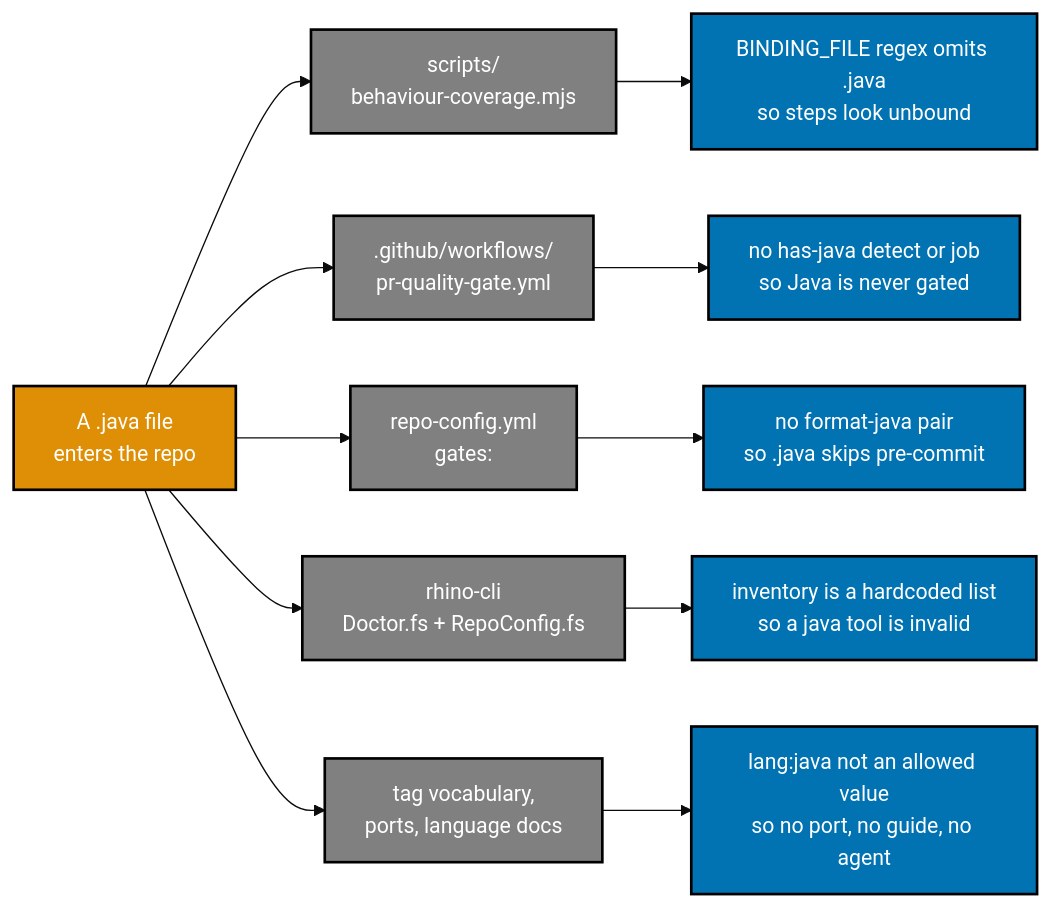
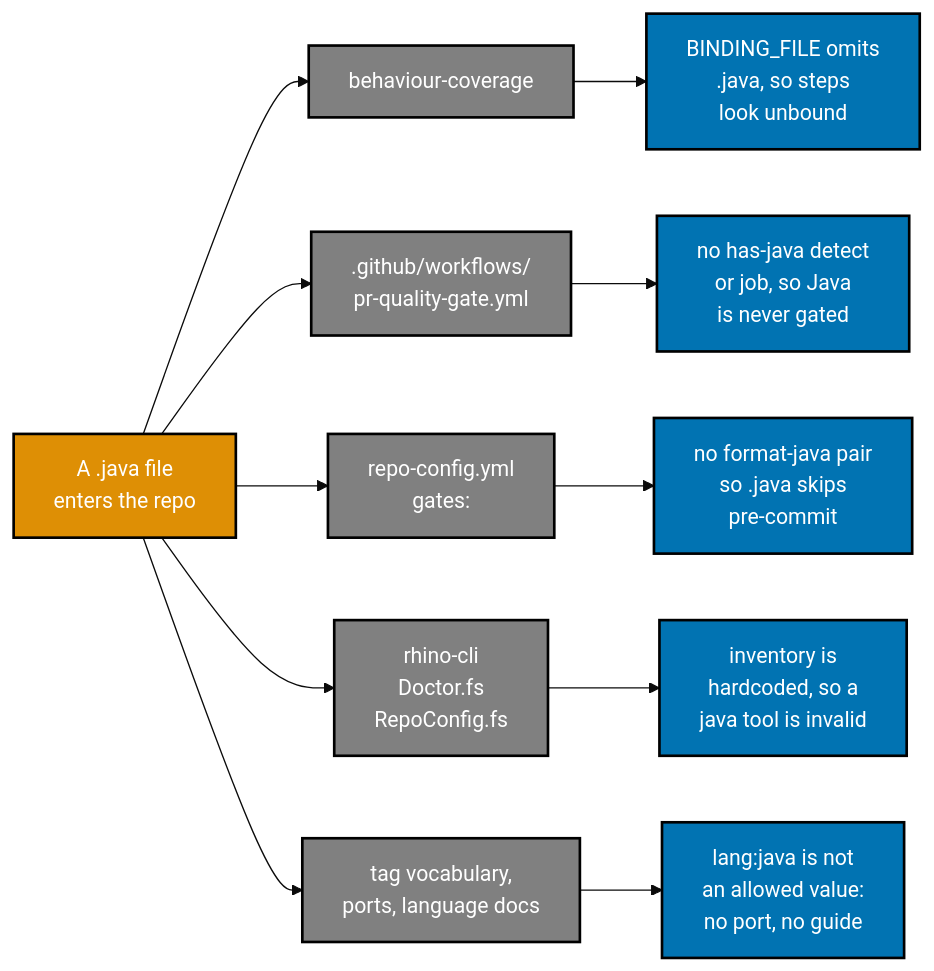
The first of 5 diagrams in plans/in-progress/lms-init/tech-docs.md (wahidyankf/open-sharia-fintech), drawn with Mermaid (base theme) before and after one commit. The commit also changed other lines of this file and 2 other files, not shown here.

````diff
--- a/plans/in-progress/lms-init/tech-docs.md
+++ b/plans/in-progress/lms-init/tech-docs.md
@@ -26,21 +26,22 @@
 ```mermaid
 %% Color palette: Blue #0173B2, Orange #DE8F05, Teal #029E73, Gray #808080
 graph LR
     J["A .java file<br/>enters the repo"]:::orange
 
-    J --> C["scripts/<br/>behaviour-coverage.mjs"]:::gray
+    J --> C["behaviour-coverage"]:::gray
     J --> W[".github/workflows/<br/>pr-quality-gate.yml"]:::gray
     J --> R["repo-config.yml<br/>gates:"]:::gray
-    J --> D["rhino-cli<br/>Doctor.fs + RepoConfig.fs"]:::gray
+    J --> D["rhino-cli<br/>Doctor.fs<br/>RepoConfig.fs"]:::gray
     J --> T["tag vocabulary,<br/>ports, language docs"]:::gray
 
-    C --> C1["BINDING_FILE regex omits .java<br/>so steps look unbound"]:::blue
-    W --> W1["no has-java detect or job<br/>so Java is never gated"]:::blue
-    R --> R1["no format-java pair<br/>so .java skips pre-commit"]:::blue
-    D --> D1["inventory is a hardcoded list<br/>so a java tool is invalid"]:::blue
-    T --> T1["lang:java not an allowed value<br/>so no port, no guide, no agent"]:::blue
+    C --> C1["BINDING_FILE omits<br/>.java, so steps<br/>look unbound"]:::blue
+    W --> W1["no has-java detect<br/>or job, so Java<br/>is never gated"]:::blue
+    R --> R1["no format-java pair<br/>so .java skips<br/>pre-commit"]:::blue
+    D --> D1["inventory is<br/>hardcoded, so a<br/>java tool is invalid"]:::blue
+    T --> T1["lang:java is not<br/>an allowed value:<br/>no port, no guide"]:::blue
 
     classDef blue fill:#0173B2,stroke:#000000,color:#FFFFFF,stroke-width:2px
     classDef orange fill:#DE8F05,stroke:#000000,color:#FFFFFF,stroke-width:2px
+    classDef teal fill:#029E73,stroke:#000000,color:#FFFFFF,stroke-width:2px
     classDef gray fill:#808080,stroke:#000000,color:#FFFFFF,stroke-width:2px
 ```
````
